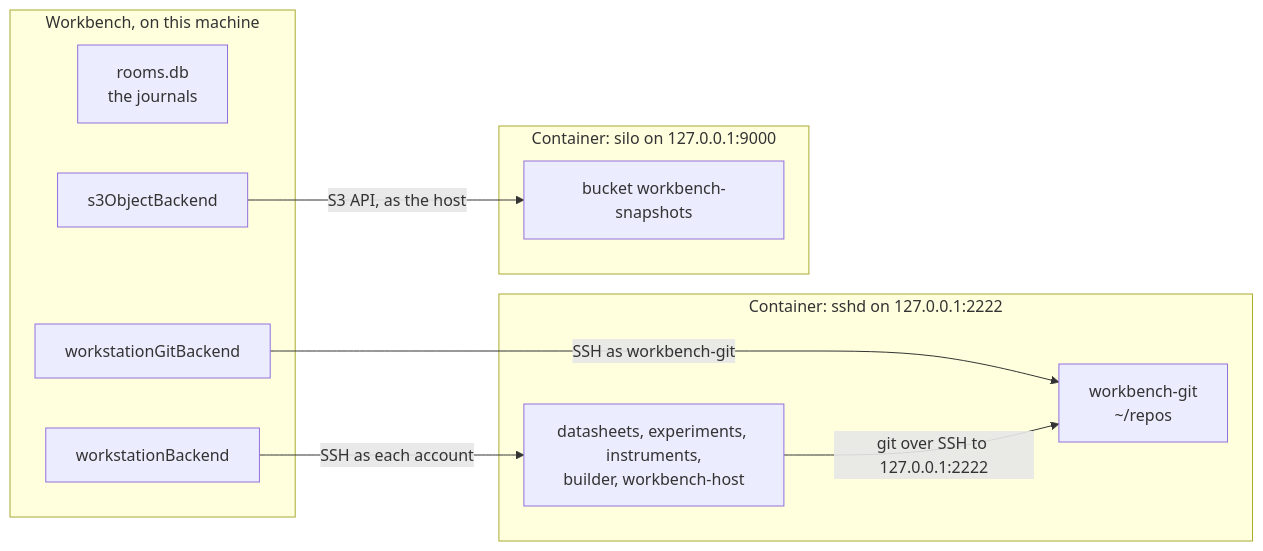
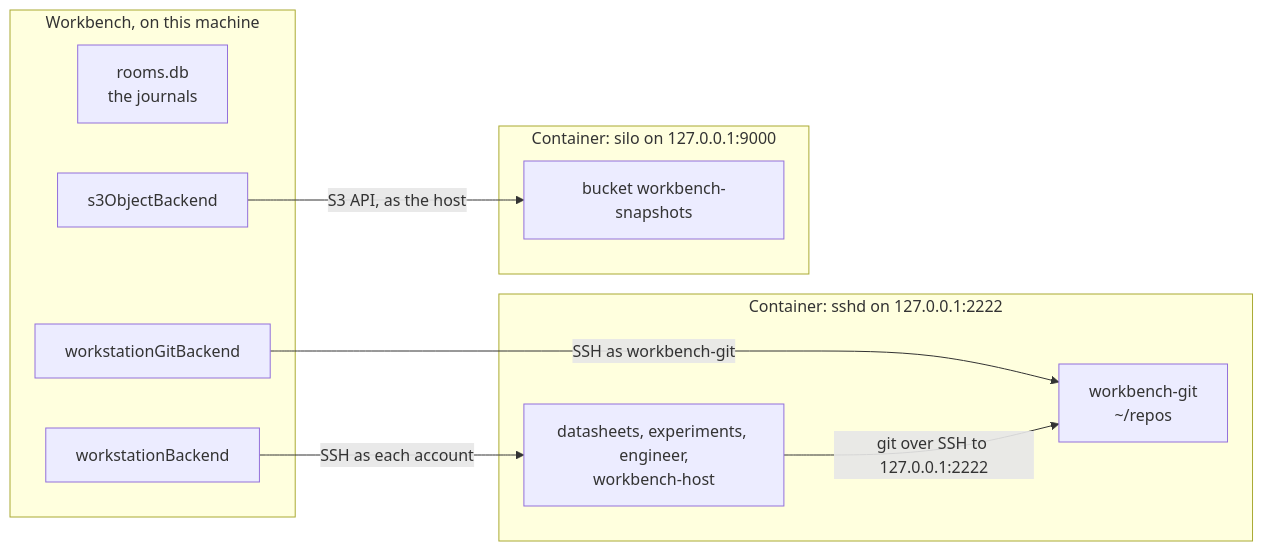
One commit to fastforwardengine/workbench changed the diagram in workstation/README.md. Above: the diagram before and after it, drawn with Mermaid. The commit also changed other lines of this file and 53 other files, not shown here.

First line of the commit message:
Fold Builder and Instruments into one Engineer specialist (#38)

````diff
--- a/workstation/README.md
+++ b/workstation/README.md
@@ -12,20 +12,20 @@
 ```mermaid
 flowchart LR
   subgraph host["Workbench, on this machine"]
     journals["rooms.db<br/>the journals"]
     bash["workstationBackend"]
     git["workstationGitBackend"]
     s3["s3ObjectBackend"]
   end
   subgraph box["Container: sshd on 127.0.0.1:2222"]
-    agents["datasheets, experiments, instruments,<br/>builder, workbench-host"]
+    agents["datasheets, experiments, engineer,<br/>workbench-host"]
     repos["workbench-git<br/>~/repos"]
   end
   subgraph store["Container: silo on 127.0.0.1:9000"]
     bucket["bucket workbench-snapshots"]
   end
   bash -- "SSH as each account" --> agents
   git -- "SSH as workbench-git" --> repos
   agents -- "git over SSH to 127.0.0.1:2222" --> repos
   s3 -- "S3 API, as the host" --> bucket
 ```
````
